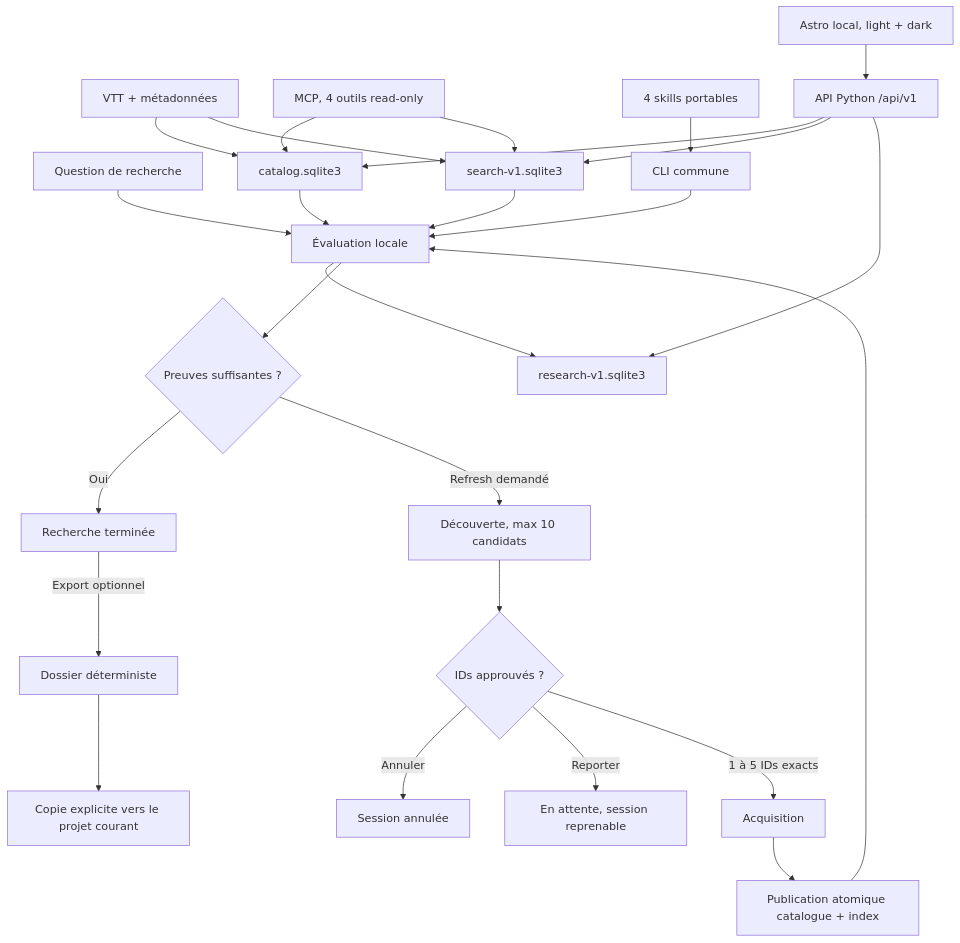
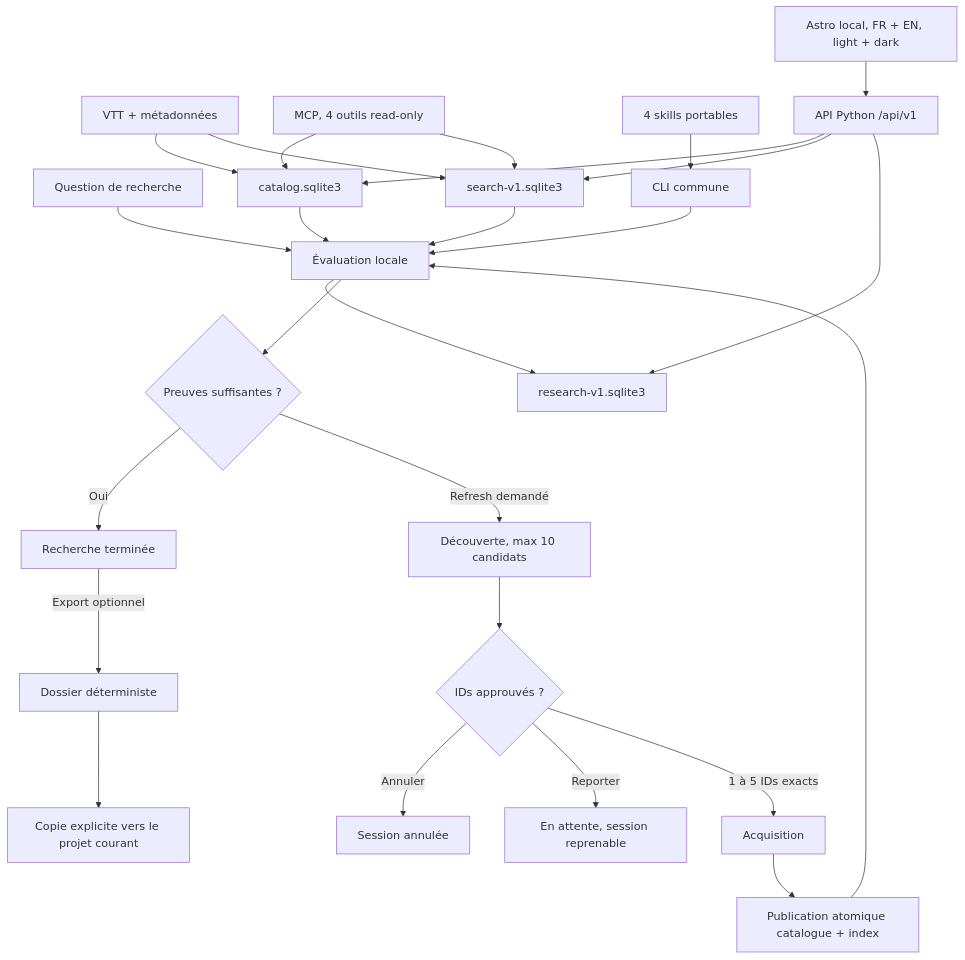
The diagram in docs/IMPLEMENTATION-STATUS.md (FlorianBruniaux/youtube-video-insights), drawn with Mermaid before and after one commit. The commit also changed other lines of this file and 61 other files, not shown here.

````diff
--- a/docs/IMPLEMENTATION-STATUS.md
+++ b/docs/IMPLEMENTATION-STATUS.md
@@ -20,28 +20,28 @@
 ```mermaid
 flowchart TD
     U[Question de recherche] --> A[Évaluation locale]
     VTT[VTT + métadonnées] --> CAT[catalog.sqlite3]
     VTT --> FTS[search-v1.sqlite3]
     CAT --> A
     FTS --> A
     A --> R[research-v1.sqlite3]
     A --> Q1{Preuves suffisantes ?}
     Q1 -->|Oui| DONE[Recherche terminée]
     DONE -->|Export optionnel| OUT[Dossier déterministe]
     Q1 -->|Refresh demandé| DISC[Découverte, max 10 candidats]
     DISC --> Q2{IDs approuvés ?}
     Q2 -->|Annuler| STOP[Session annulée]
     Q2 -->|Reporter| HOLD[En attente, session reprenable]
     Q2 -->|1 à 5 IDs exacts| ACQ[Acquisition]
     ACQ --> IDX[Publication atomique catalogue + index]
     IDX --> A
     OUT --> COPY[Copie explicite vers le projet courant]
     MCP[MCP, 4 outils read-only] --> CAT
     MCP --> FTS
     SKILL[4 skills portables] --> CLI[CLI commune]
     CLI --> A
-    WEB[Astro local, light + dark] --> API[API Python /api/v1]
+    WEB[Astro local, FR + EN, light + dark] --> API[API Python /api/v1]
     API --> CAT
     API --> FTS
     API --> R
 ```
````
